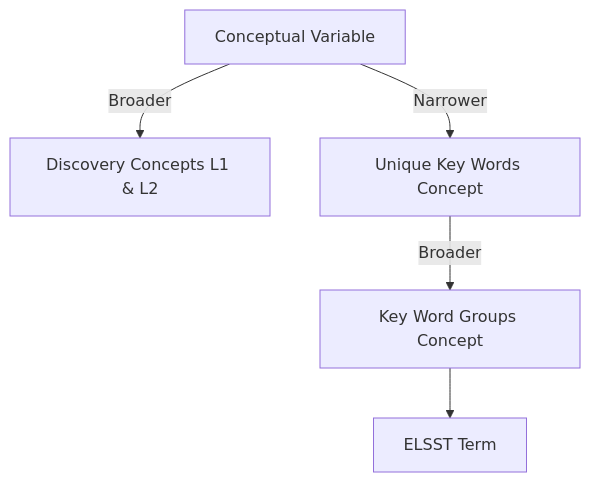
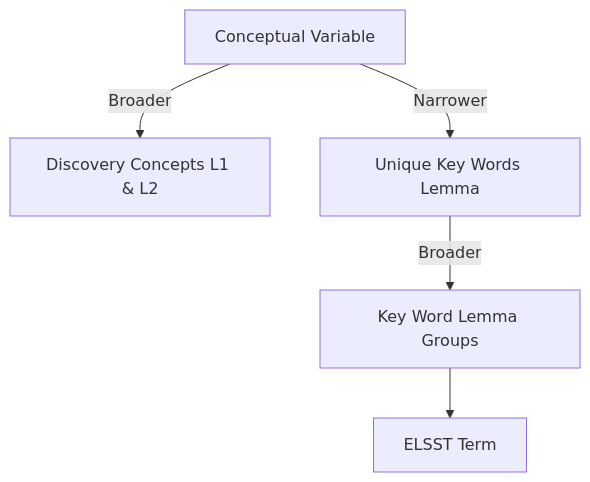
The third of 4 diagrams in README.md (CLOSER-Cohorts/closer-vocabulary-2026), drawn with Mermaid before and after one commit. The commit also changed other lines of this file, not shown here.

````diff
--- a/README.md
+++ b/README.md
@@ -86,9 +86,9 @@
 ``` mermaid
 
 flowchart TD
  CV[Conceptual Variable]  -- "Broader" --> Concepts[Discovery Concepts L1 & L2] 
- CV -- "Narrower" --> KWP[Unique Key Words Concept]
- KWP -- "Broader" --> KWPG[Key Word Groups Concept]
- KWPG --> ELSST[ELSST Term]
+ CV -- "Narrower" --> KWL[Unique Key Words Lemma]
+ KWL -- "Broader" --> KWLG[Key Word Lemma Groups]
+ KWLG --> ELSST[ELSST Term]
 
 ```
````
